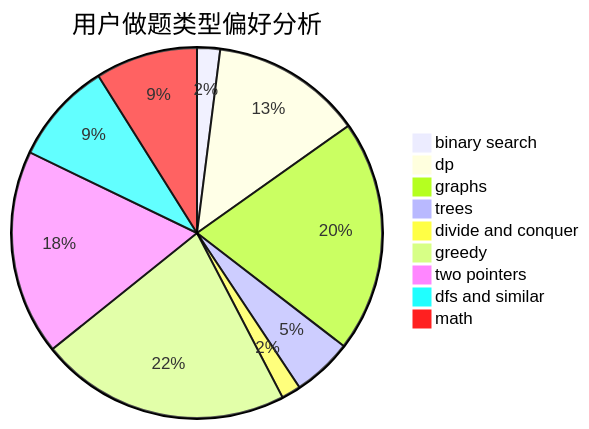
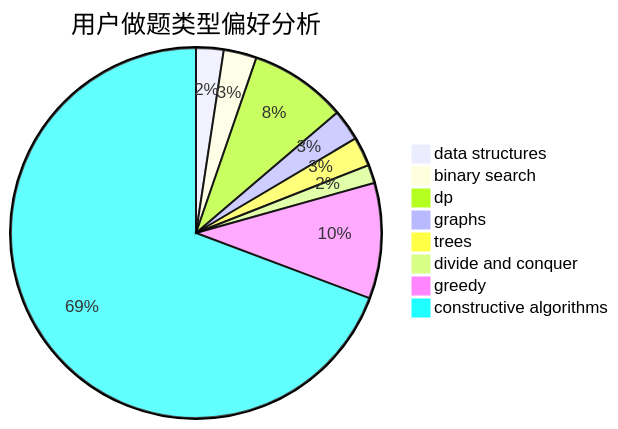
One commit to sherpahu/cfrs.github.io changed the second of 3 diagrams in docs/user/u784.md. Above: the diagram before and after it, drawn with Mermaid. The commit also changed other lines of this file and 2775 other files, not shown here.

````diff
--- a/docs/user/u784.md
+++ b/docs/user/u784.md
@@ -23,12 +23,11 @@
 ```mermaid
 pie title 用户做题类型偏好分析
-    "binary search" :  25
-    "dp" :  164
-    "graphs" :  252
-    "trees" :  65
-    "divide and conquer" :  21
-    "greedy" :  272
-    "two pointers" :  223
-    "dfs and similar" :  111
-    "math" :  111
+    "data structures" :  15
+    "binary search" :  18
+    "dp" :  53
+    "graphs" :  17
+    "trees" :  16
+    "divide and conquer" :  10
+    "greedy" :  63
+    "constructive algorithms" :  433
 ```
````
